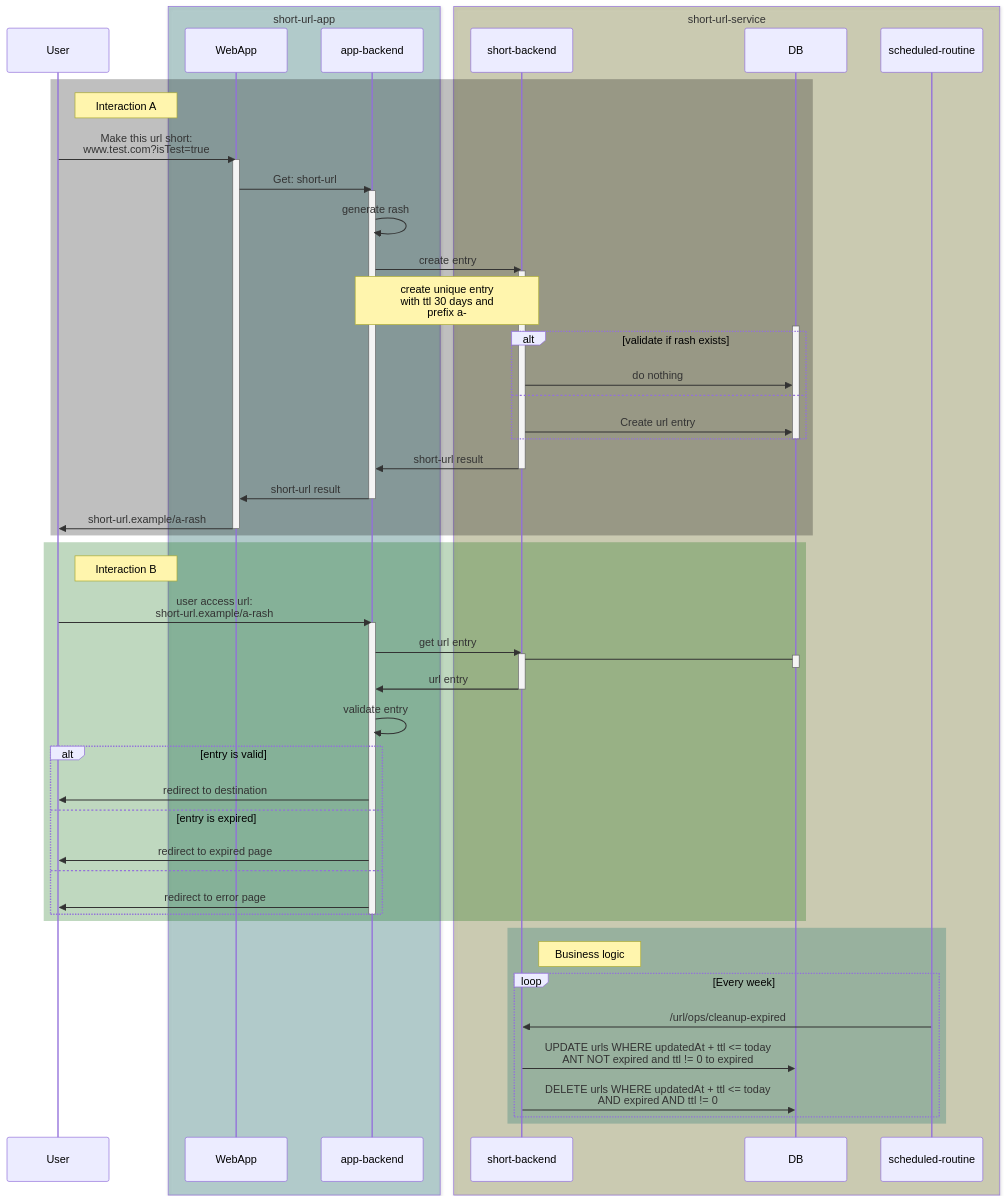
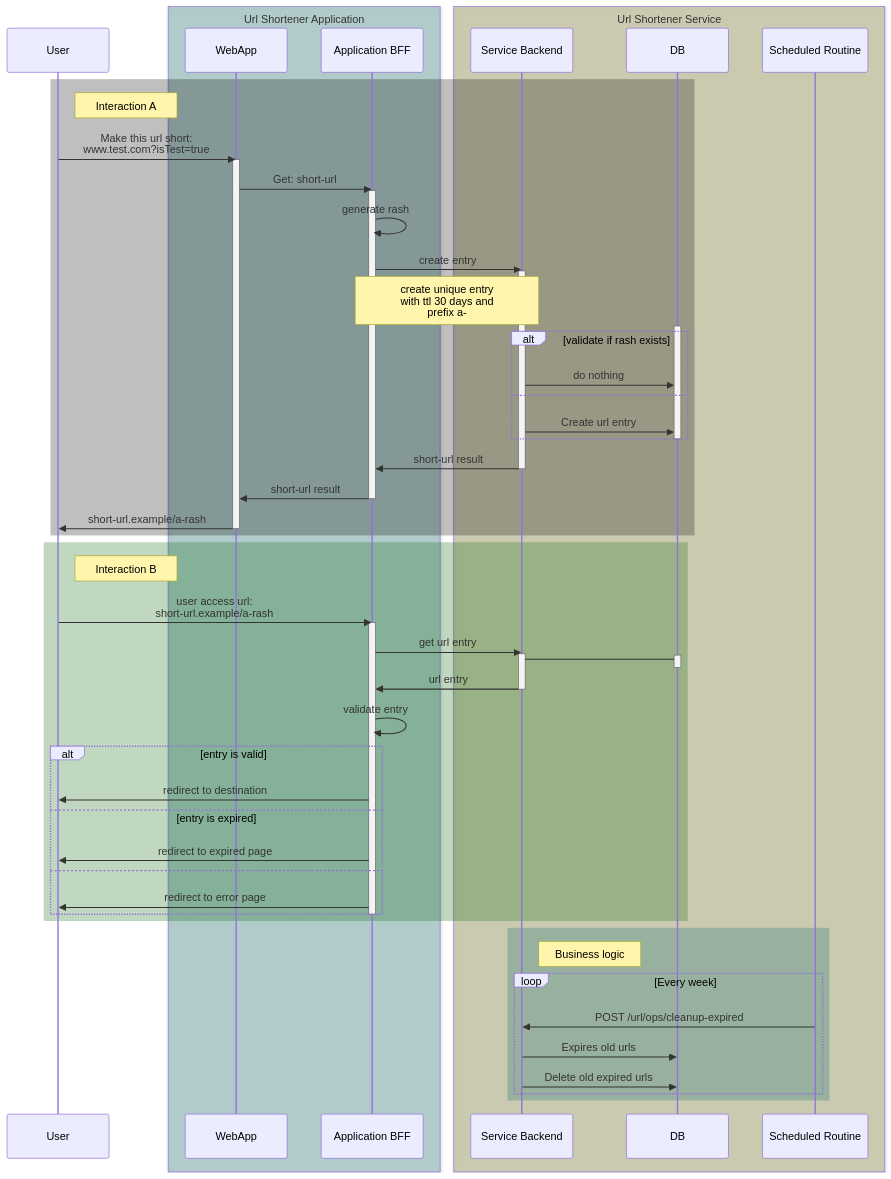
The diagram in doc/sequence.md (vzsoares/shortener), drawn with Mermaid before and after one commit. The commit also changed 4 other files, not shown here.

````diff
--- a/doc/sequence.md
+++ b/doc/sequence.md
@@ -1,67 +1,67 @@
 ```mermaid
 sequenceDiagram
 
 participant u as User
-box rgba(0,100,100,0.25) short-url-app
+box rgba(0,100,100,0.25) Url Shortener Application
 participant w as WebApp
-participant b as app-backend
+participant b as Application BFF
 end
-box rgba(100,100,0,0.25) short-url-service
-participant s as short-backend
+box rgba(100,100,0,0.25) Url Shortener Service
+participant s as Service Backend
 participant d as DB
-participant r as scheduled-routine
+participant r as Scheduled Routine
 end
 rect rgba(0,0,0,0.25)
 note right of u: Interaction A
     u->>w: Make this url short:<br/> www.test.com?isTest=true
     activate w
     w->>b: Get: short-url
     activate b
     b->>b: generate rash
     b->>s: create entry
     activate s
     note over s,b: create unique entry<br/>with ttl 30 days and<br/>prefix a-
     activate d
     alt validate if rash exists
         s->>d: do nothing
     else
         s->>d: Create url entry
     end
     deactivate d
     s->>b: short-url result
     deactivate s
     b->>w: short-url result
     deactivate b
     w->>u: short-url.example/a-rash
     deactivate w
 end
 rect rgba(0,100,0,0.25)
 note right of u: Interaction B
     u->>b: user access url:<br/>short-url.example/a-rash
     activate b
     b->>s: get url entry
     activate s
     activate d
     s->d: 
     deactivate d
     s->>b: url entry
     deactivate s
     b->>b: validate entry
     alt entry is valid
         b->>u: redirect to destination
     else entry is expired
         b->>u: redirect to expired page
     else
         b->>u: redirect to error page
     end
     deactivate b
 end
 rect rgba(0,100,100,0.25)
 note right of s: Business logic
     loop Every week
-    r->>s: /url/ops/cleanup-expired
-    s->>d: UPDATE urls WHERE updatedAt + ttl <= today<br/> ANT NOT expired and ttl != 0 to expired
-    s->>d: DELETE urls WHERE updatedAt + ttl <= today<br/> AND expired AND ttl != 0
+    r->>s: POST /url/ops/cleanup-expired
+    s->>d: Expires old urls
+    s->>d: Delete old expired urls
     end
 end
 ```
````
